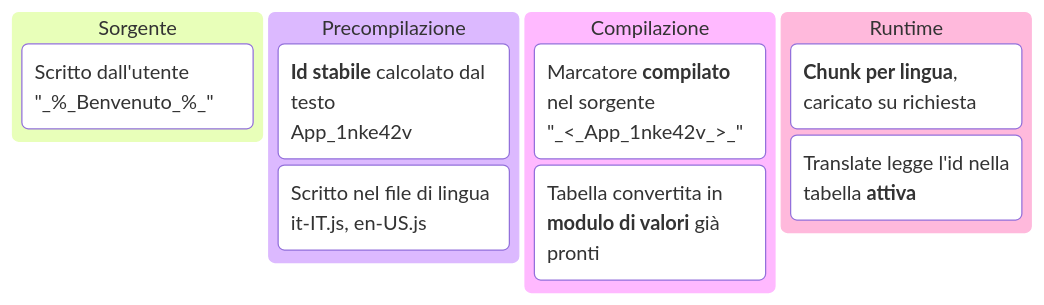
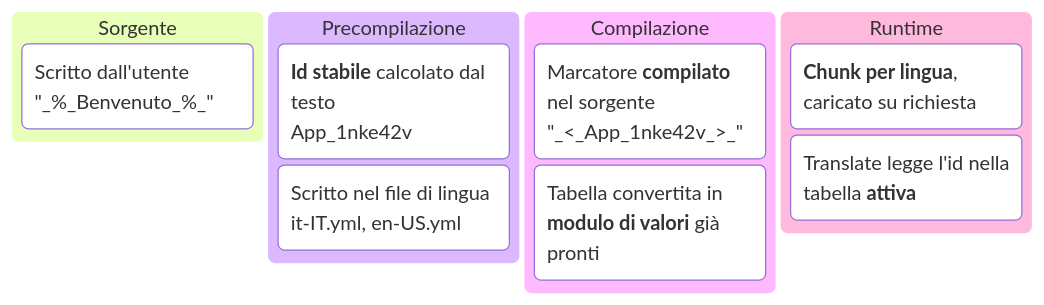
One commit to sepoina/viteTranslate changed the first of 8 diagrams in doc/structure.md. Above: the diagram before and after it, drawn with Mermaid. The commit also changed other lines of this file and 50 other files, not shown here.

````diff
--- a/doc/structure.md
+++ b/doc/structure.md
@@ -42,14 +42,14 @@
 ```mermaid
 kanban
   in[Sorgente]
     a1[Scritto dall'utente<br/>"\_%\_Benvenuto\_%\_"]
   pre[Precompilazione]
     b1[<b>Id stabile</b> calcolato dal testo<br/>App\_1nke42v]
-    c1[Scritto nel file di lingua<br/>it-IT.js, en-US.js]
+    c1[Scritto nel file di lingua<br/>it-IT.yml, en-US.yml]
   comp[Compilazione]
     d1[Marcatore <b>compilato</b> nel sorgente<br/>"\_<\_App\_1nke42v\_>\_"]
     d2[Tabella convertita in <b>modulo di valori</b> già pronti]
   run[Runtime]
     e1[<b>Chunk per lingua</b>, caricato su richiesta]
     f1[Translate legge l'id nella tabella <b>attiva</b>]
 ```
````
